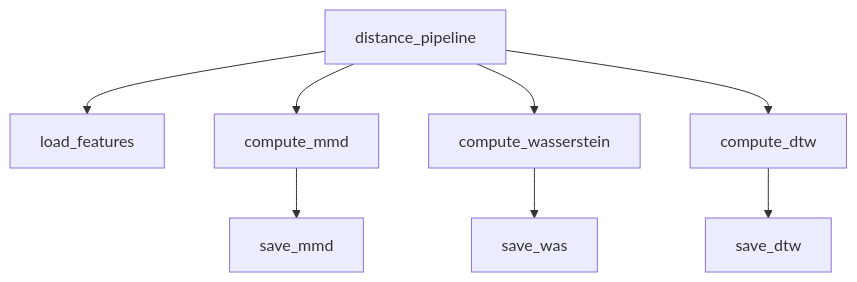
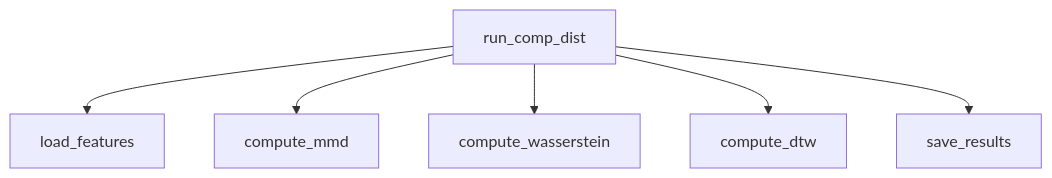
The fifth of 5 diagrams in docs/source/guide/architecture.md (YutaroNakagama/vehicle_based_DDD_comparison), drawn with Mermaid before and after one commit. The commit also changed other lines of this file and 1 other file, not shown here.

Commit message:
[modify] architecture

````diff
--- a/docs/source/guide/architecture.md
+++ b/docs/source/guide/architecture.md
@@ -213,10 +216,8 @@
 ```mermaid
 graph TD
-  distance_pipeline --> load_features
-  distance_pipeline --> compute_mmd
-  distance_pipeline --> compute_wasserstein
-  distance_pipeline --> compute_dtw
-  compute_mmd --> save_mmd
-  compute_wasserstein --> save_was
-  compute_dtw --> save_dtw
+  run_comp_dist --> load_features
+  run_comp_dist --> compute_mmd
+  run_comp_dist --> compute_wasserstein
+  run_comp_dist --> compute_dtw
+  run_comp_dist --> save_results
 ```
````
